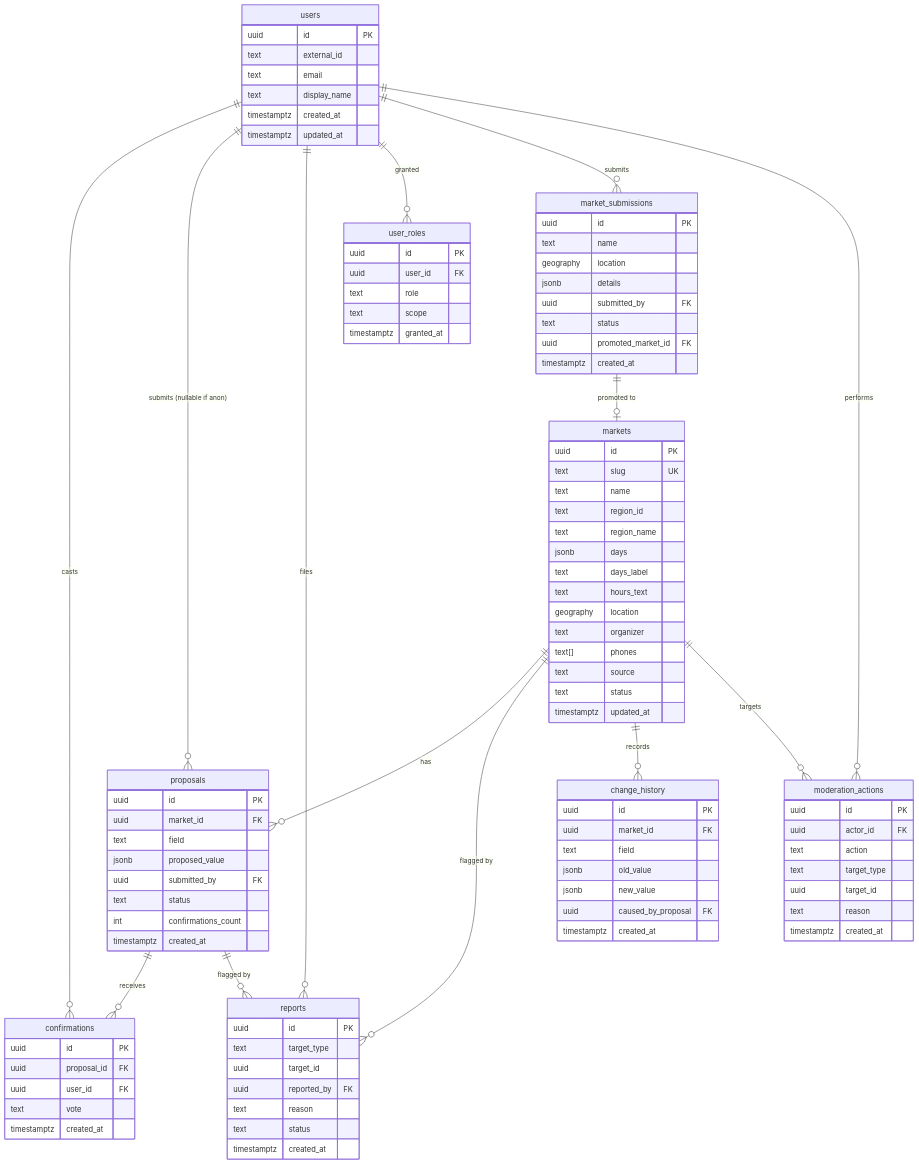
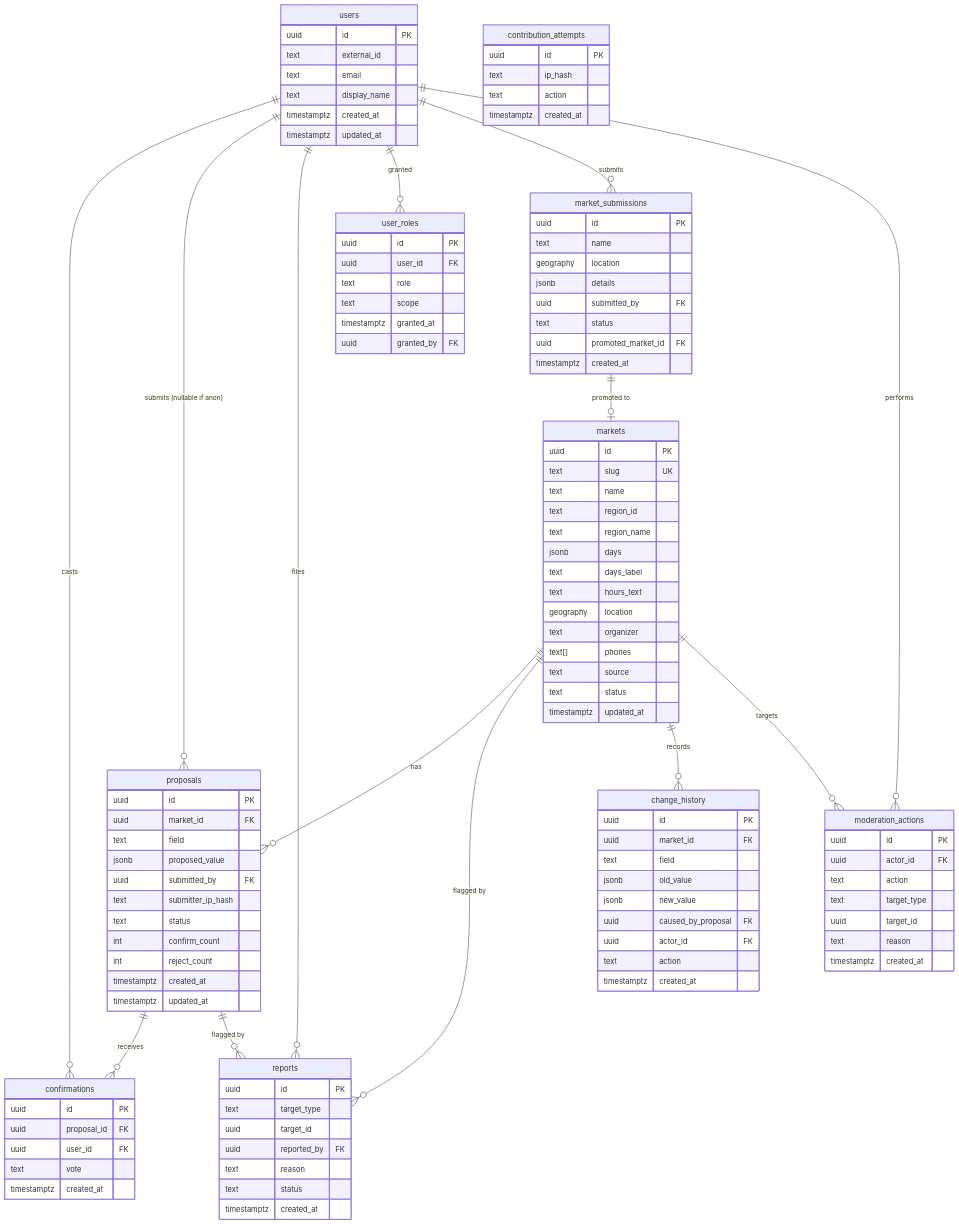
Before and after one commit to jimacampos/laferiacr: the diagram in docs/architecture/data-model.md, drawn with Mermaid. The commit also changed other lines of this file and 52 other files, not shown here.

````diff
--- a/docs/architecture/data-model.md
+++ b/docs/architecture/data-model.md
@@ -53,9 +53,12 @@
     text field
     jsonb proposed_value
     uuid submitted_by FK
+    text submitter_ip_hash
     text status
-    int confirmations_count
+    int confirm_count
+    int reject_count
     timestamptz created_at
+    timestamptz updated_at
   }
   confirmations {
     uuid id PK
@@ -87,6 +90,7 @@
     text role
     text scope
     timestamptz granted_at
+    uuid granted_by FK
   }
   market_submissions {
     uuid id PK
@@ -114,6 +118,14 @@
     jsonb old_value
     jsonb new_value
     uuid caused_by_proposal FK
+    uuid actor_id FK
+    text action
+    timestamptz created_at
+  }
+  contribution_attempts {
+    uuid id PK
+    text ip_hash
+    text action
     timestamptz created_at
   }
 ```
````
